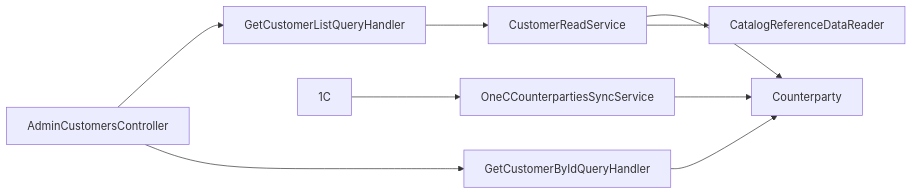
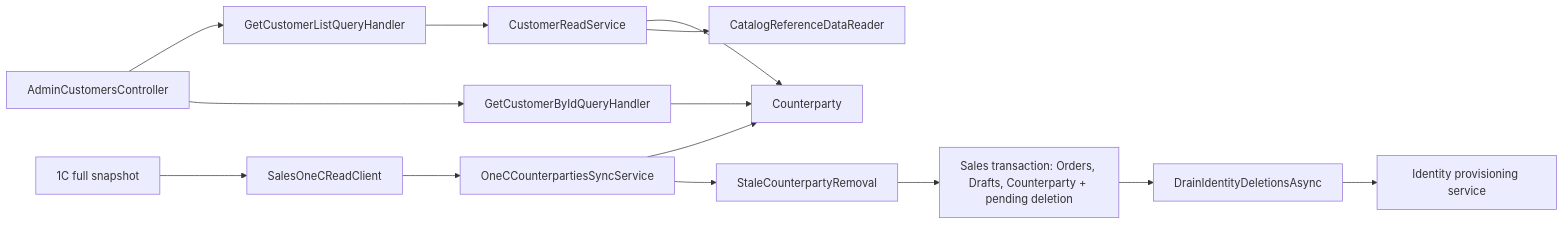
One commit to Weretik/KedrStore changed the diagram in docs/sdd/features/sales/customers.md. Above: the diagram before and after it, drawn with Mermaid. The commit also changed other lines of this file and 44 other files, not shown here.

````diff
--- a/docs/sdd/features/sales/customers.md
+++ b/docs/sdd/features/sales/customers.md
@@ -34,11 +45,16 @@
 ```mermaid
 flowchart LR
     A["AdminCustomersController"] --> B["GetCustomerListQueryHandler"]
     A --> C["GetCustomerByIdQueryHandler"]
     B --> G["CustomerReadService"]
     G --> D["Counterparty"]
     C --> D
-    E["1C"] --> F["OneCCounterpartiesSyncService"]
-    F --> D
+    E["1C full snapshot"] --> F["SalesOneCReadClient"]
+    F --> I["OneCCounterpartiesSyncService"]
+    I --> D
+    I --> J["StaleCounterpartyRemoval"]
+    J --> K["Sales transaction: Orders, Drafts, Counterparty + pending deletion"]
+    K --> L["DrainIdentityDeletionsAsync"]
+    L --> M["Identity provisioning service"]
     G --> H["CatalogReferenceDataReader"]
 ```
````
